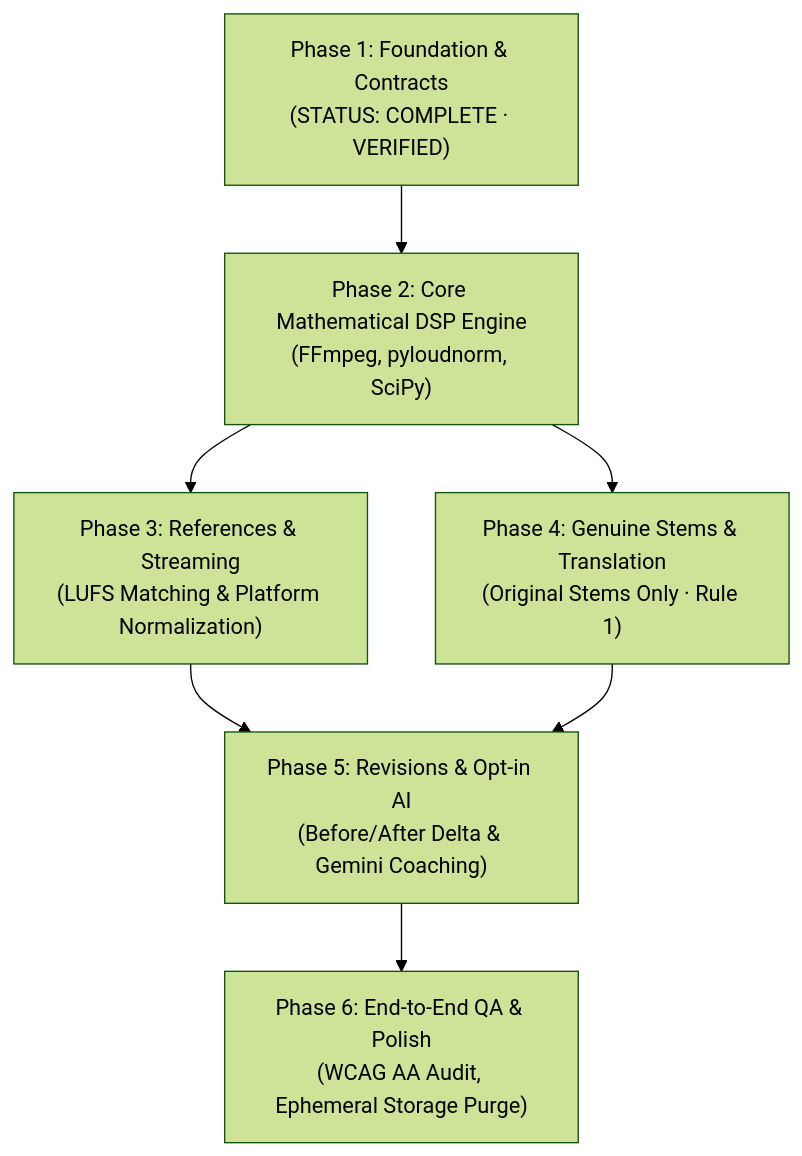
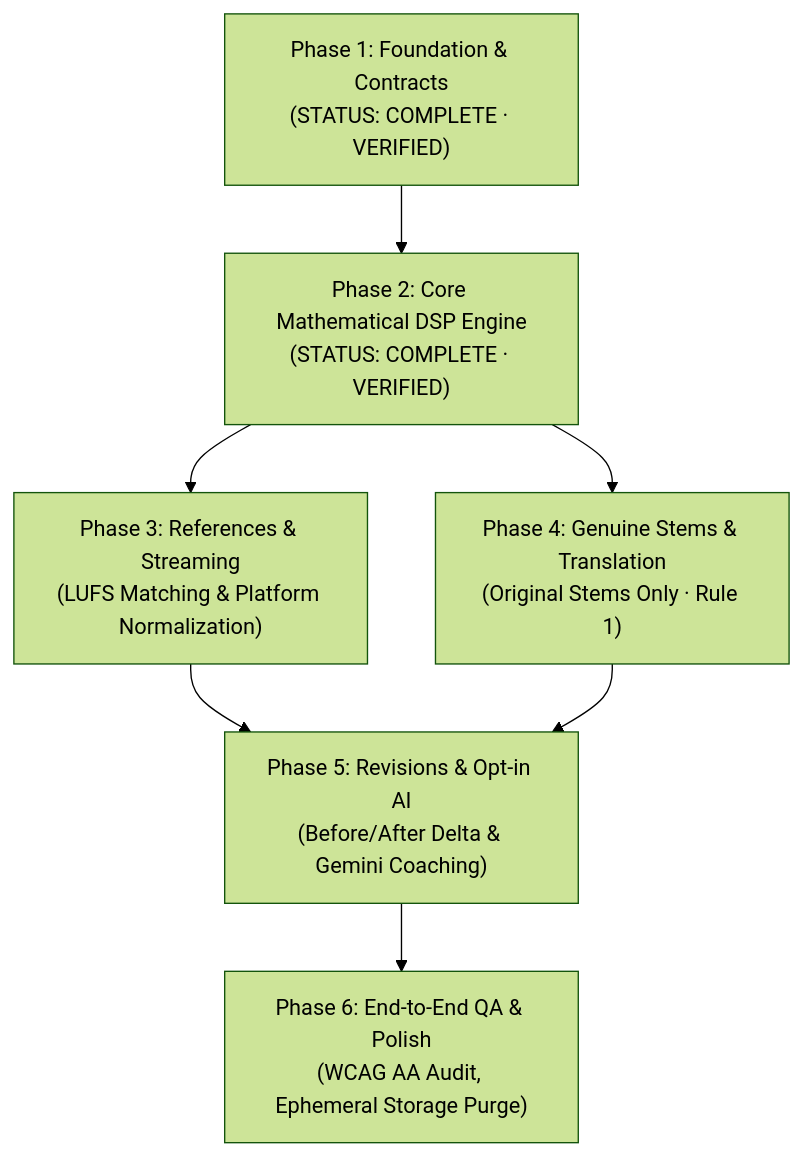
Before and after one commit to nilabhhu/aarambhathon-sikandar-k-chukandar-project: the diagram in docs/phase-gates.md, drawn with Mermaid (forest theme). The commit also changed other lines of this file and 5 other files, not shown here.

Commit message:
docs(phase2): update architecture, api contracts, phase gates, and privacy model for v2.0.0 DSP engine

````diff
--- a/docs/phase-gates.md
+++ b/docs/phase-gates.md
@@ -7,8 +7,8 @@
 ```mermaid
 flowchart TD
-    P1["Phase 1: Foundation & Contracts<br/>(STATUS: COMPLETE · VERIFIED)"] --> P2["Phase 2: Core Mathematical DSP Engine<br/>(FFmpeg, pyloudnorm, SciPy)"]
+    P1["Phase 1: Foundation & Contracts<br/>(STATUS: COMPLETE · VERIFIED)"] --> P2["Phase 2: Core Mathematical DSP Engine<br/>(STATUS: COMPLETE · VERIFIED)"]
     P2 --> P3["Phase 3: References & Streaming<br/>(LUFS Matching & Platform Normalization)"]
     P2 --> P4["Phase 4: Genuine Stems & Translation<br/>(Original Stems Only · Rule 1)"]
     P3 & P4 --> P5["Phase 5: Revisions & Opt-in AI<br/>(Before/After Delta & Gemini Coaching)"]
     P5 --> P6["Phase 6: End-to-End QA & Polish<br/>(WCAG AA Audit, Ephemeral Storage Purge)"]
 ```
````
